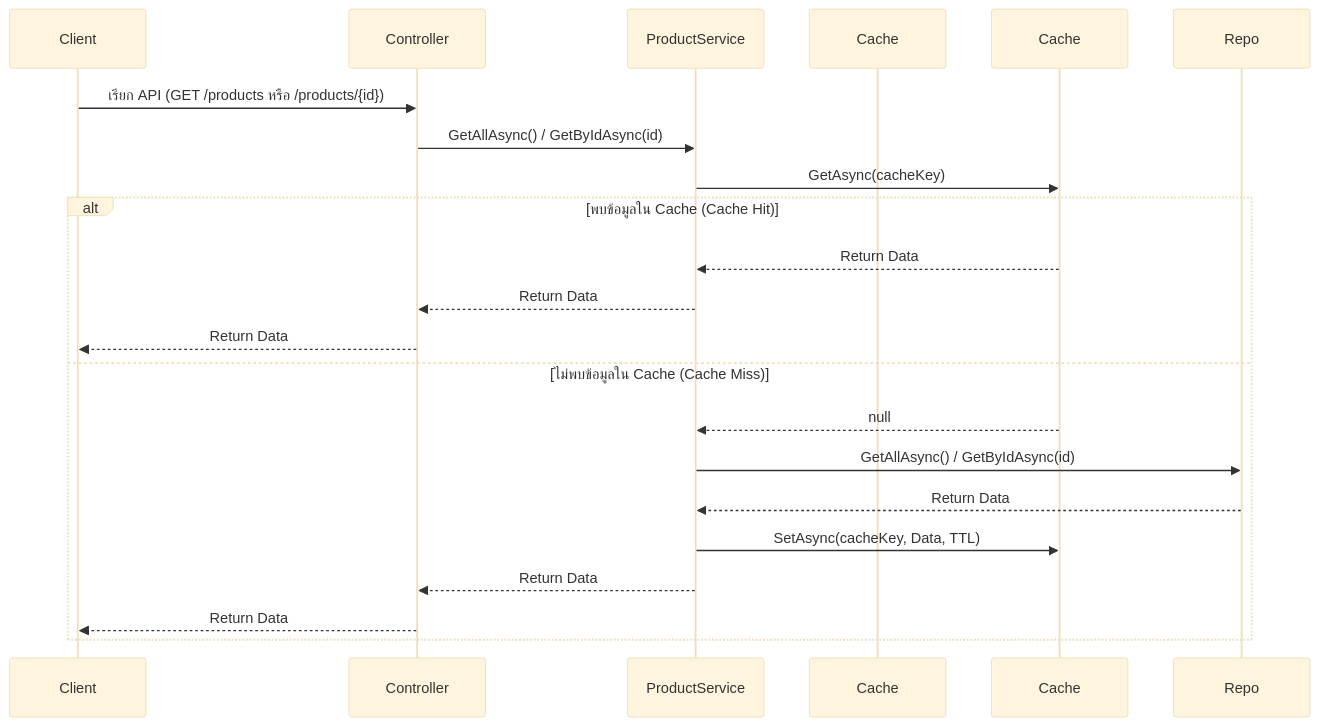
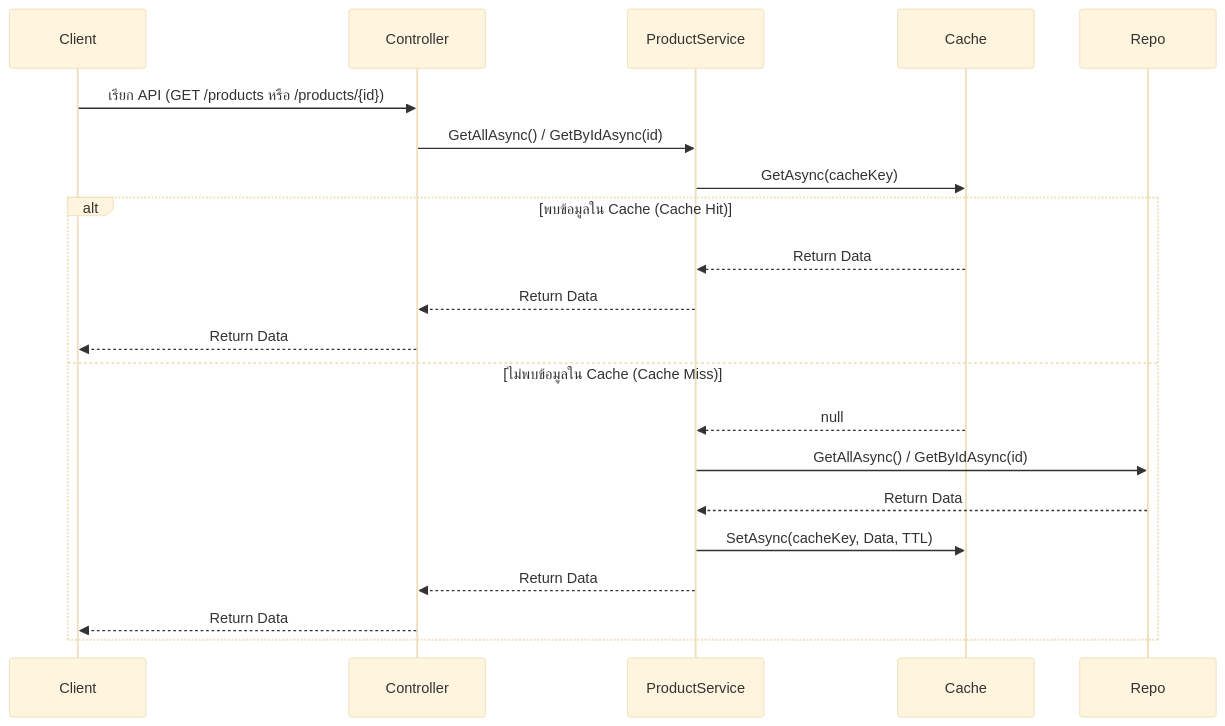
One commit to nuchit2019/ProductAPI_Redis_Serilog_Seq changed the first of 3 diagrams in README.md. Above: the diagram before and after it, drawn with Mermaid (base theme).

````diff
--- a/README.md
+++ b/README.md
@@ -331,25 +331,24 @@
 ```mermaid
 sequenceDiagram
   participant Client as Client
   participant Controller as Controller
   participant ProductService as ProductService
-  participant RedisCacheService as Cache
   participant Cache as Cache
   participant Repo as Repo
 
   Client ->> Controller: เรียก API (GET /products หรือ /products/{id})
   Controller ->> ProductService: GetAllAsync() / GetByIdAsync(id)
   ProductService ->> Cache: GetAsync(cacheKey)
   alt พบข้อมูลใน Cache (Cache Hit)
     Cache -->> ProductService: Return Data
     ProductService -->> Controller: Return Data
     Controller -->> Client: Return Data
   else ไม่พบข้อมูลใน Cache (Cache Miss)
     Cache -->> ProductService: null
     ProductService ->> Repo: GetAllAsync() / GetByIdAsync(id)
     Repo -->> ProductService: Return Data
     ProductService ->> Cache: SetAsync(cacheKey, Data, TTL)
     ProductService -->> Controller: Return Data
     Controller -->> Client: Return Data
   end
 ```
````
